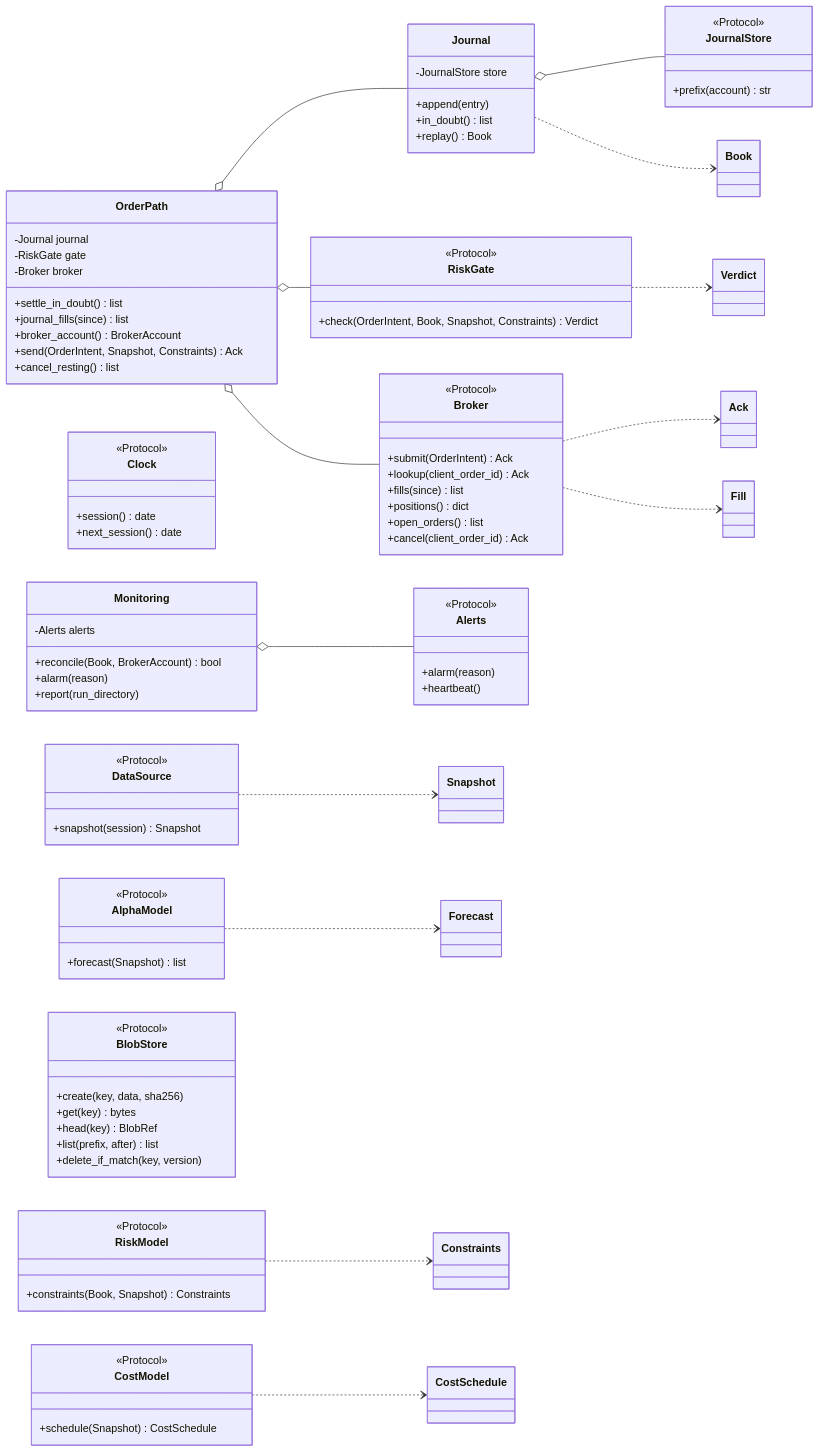
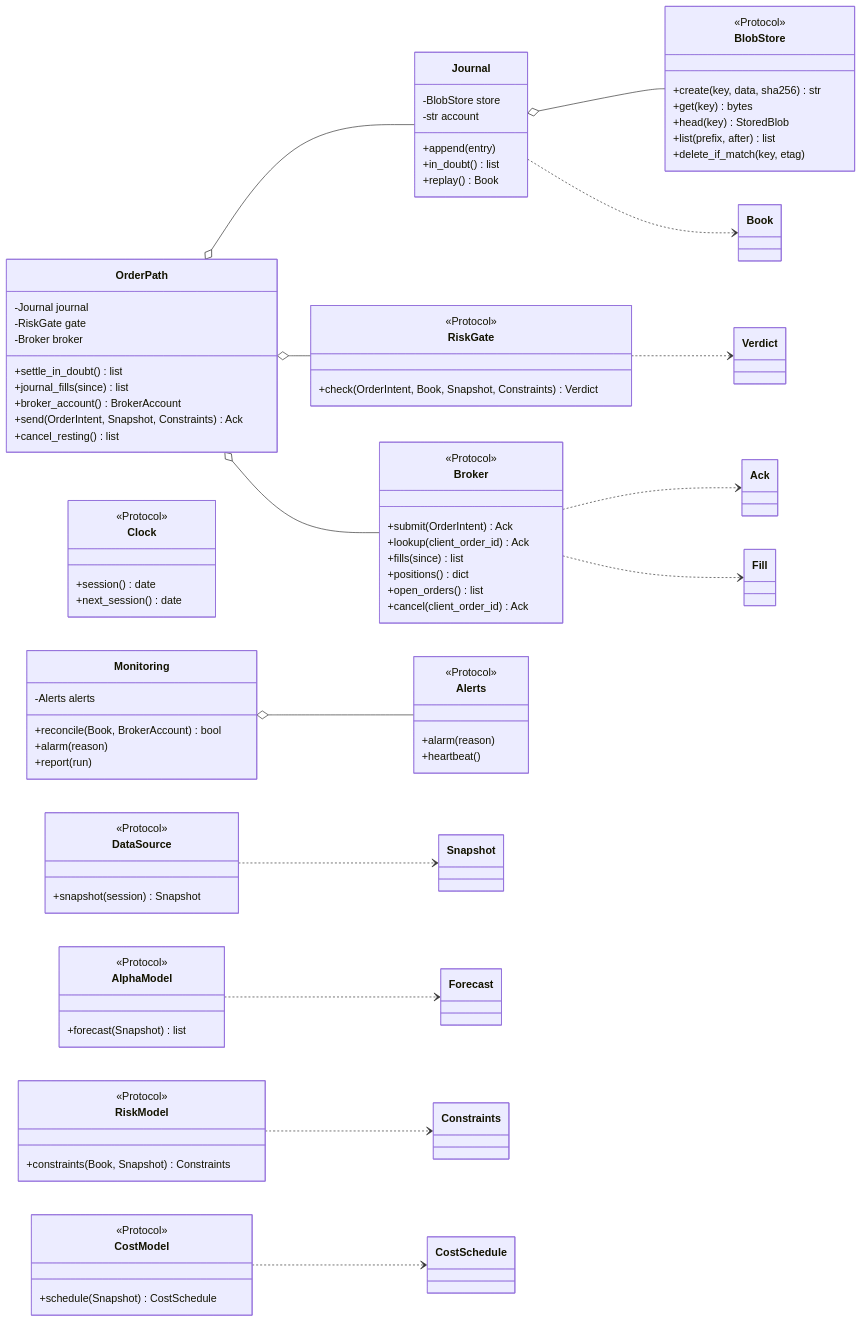
Diagram 11 of 16 in docs/architecture.md (l3a0/ithildin-runtime), drawn with Mermaid before and after one commit. The commit also changed other lines of this file and 2 other files, not shown here.

```diff
--- a/docs/architecture.md
+++ b/docs/architecture.md
@@ -1028,15 +1037,11 @@
     }
     class BlobStore {
         <<Protocol>>
-        +create(key, data, sha256)
+        +create(key, data, sha256) str
         +get(key) bytes
-        +head(key) BlobRef
+        +head(key) StoredBlob
         +list(prefix, after) list
-        +delete_if_match(key, version)
-    }
-    class JournalStore {
-        <<Protocol>>
-        +prefix(account) str
+        +delete_if_match(key, etag)
     }
     class Alerts {
         <<Protocol>>
@@ -1044,7 +1049,8 @@
         +heartbeat()
     }
     class Journal {
-        -JournalStore store
+        -BlobStore store
+        -str account
         +append(entry)
         +in_doubt() list
         +replay() Book
@@ -1063,10 +1069,10 @@
         -Alerts alerts
         +reconcile(Book, BrokerAccount) bool
         +alarm(reason)
-        +report(run_directory)
+        +report(run)
     }
 
-    Journal o-- JournalStore
+    Journal o-- BlobStore
     Monitoring o-- Alerts
     OrderPath o-- Journal
     OrderPath o-- RiskGate
```
